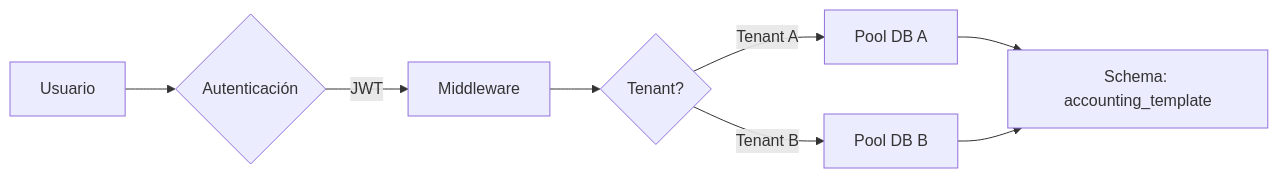
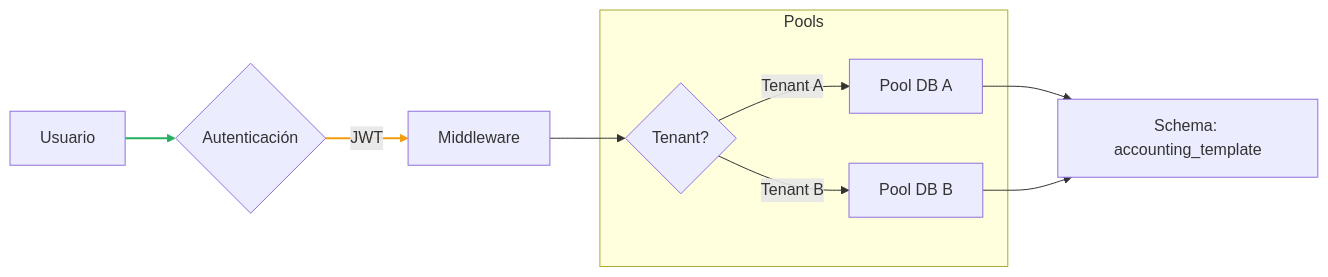
The ninth of 9 diagrams in src/content/docs/arquitectura/diagramas.md (ChrisTkm/jean_d_arc), drawn with Mermaid before and after one commit. The commit also changed other lines of this file and 8 other files, not shown here.

Commit message:
docs: Add comprehensive documentation for accounting remuneration, system architecture, and security practices including various diagrams.

````diff
--- a/src/content/docs/arquitectura/diagramas.md
+++ b/src/content/docs/arquitectura/diagramas.md
@@ -286,10 +309,17 @@
 ```mermaid
 graph LR
     A[Usuario] --> B{Autenticación}
     B -->|JWT| C[Middleware]
     C --> D{Tenant?}
-    D -->|Tenant A| E[Pool DB A]
-    D -->|Tenant B| F[Pool DB B]
+    
+    subgraph Pools
+        D -->|Tenant A| E[Pool DB A]
+        D -->|Tenant B| F[Pool DB B]
+    end
+    
     E --> G[Schema: accounting_template]
     F --> G
+    
+    linkStyle 0 stroke:#27ae60,stroke-width:2px;
+    linkStyle 1 stroke:#f39c12,stroke-width:2px;
 ```
````
